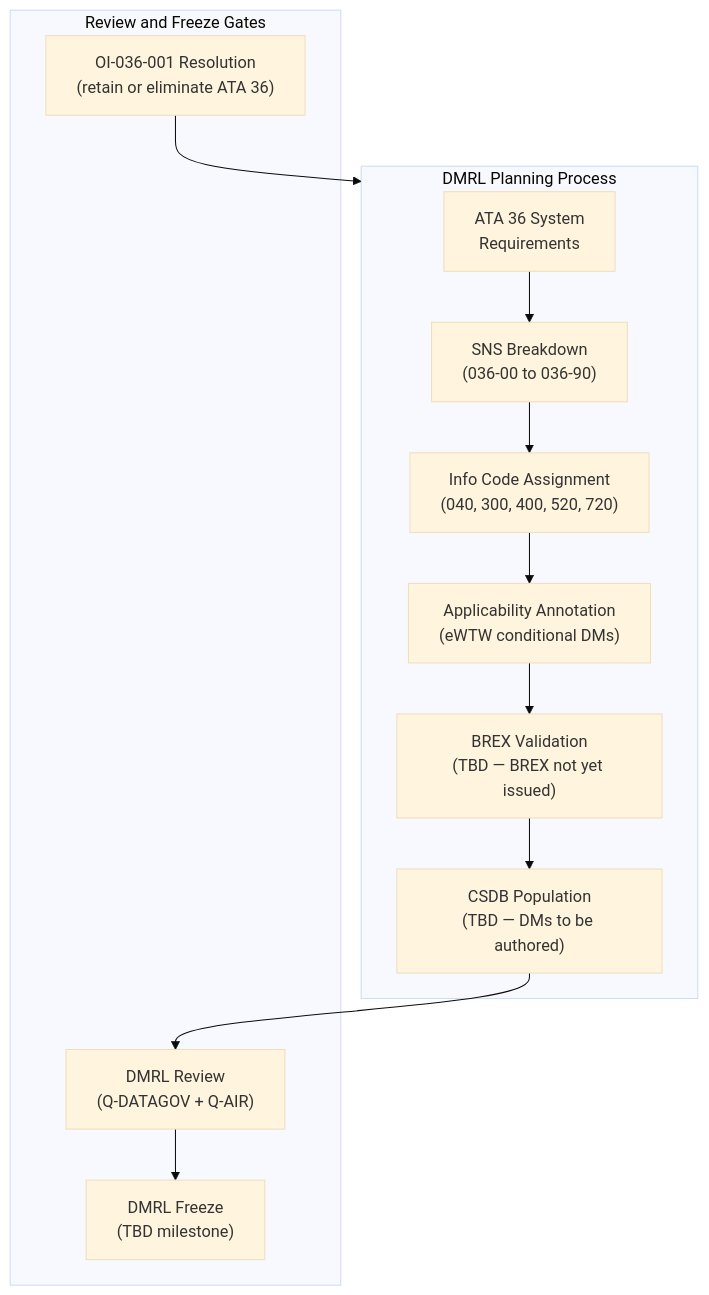
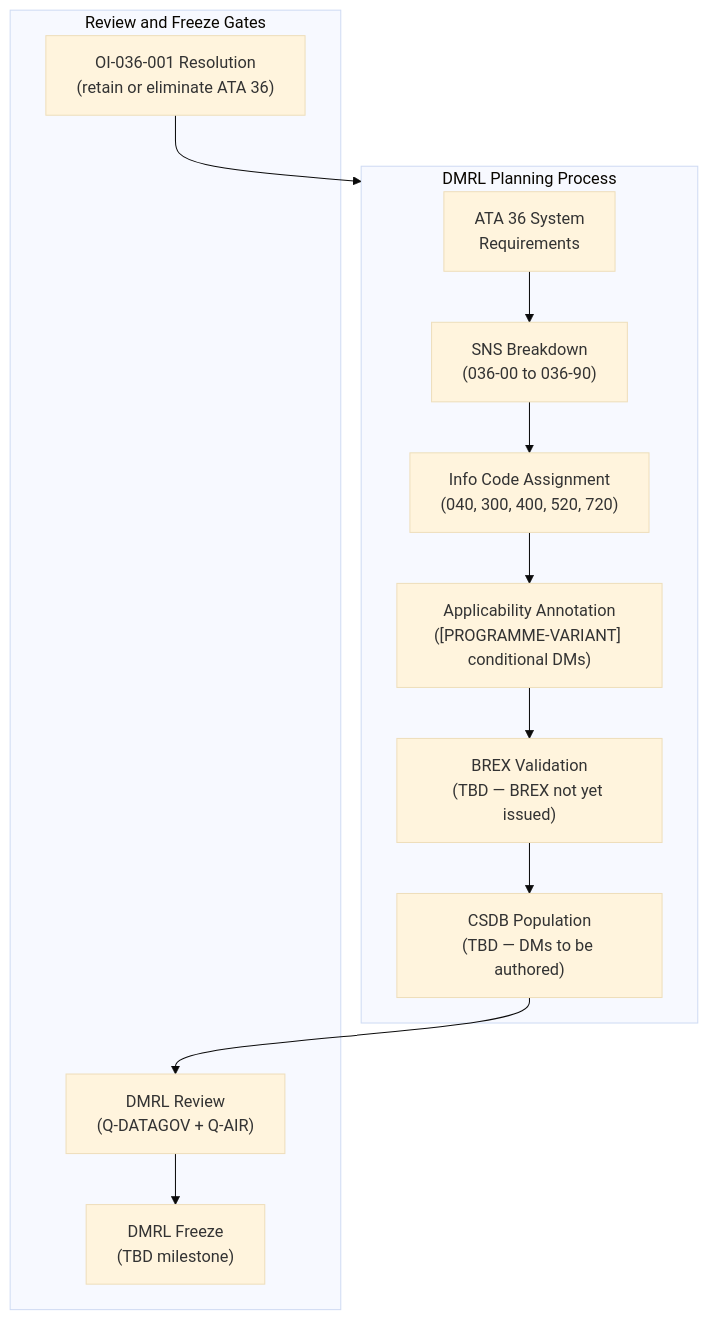
Before and after one commit to AmedeoPelliccia/Qplus-For-All-Queer-People-and-Quantum: the second of 3 diagrams in Q+ATLANTIDE/000-099_ATLAS/030-039_Proteccion-y-Sistemas-Mecanicos/036_Pneumatic/036-090-S1000D-CSDB-Mapping-and-Traceability.md, drawn with Mermaid (base theme). The commit also changed other lines of this file and 676 other files, not shown here.

First line of the commit message:
feat: de-programmatize all ATLAS standard files — remove AMPEL360E/eWTW programme content

````diff
--- a/Q+ATLANTIDE/000-099_ATLAS/030-039_Proteccion-y-Sistemas-Mecanicos/036_Pneumatic/036-090-S1000D-CSDB-Mapping-and-Traceability.md
+++ b/Q+ATLANTIDE/000-099_ATLAS/030-039_Proteccion-y-Sistemas-Mecanicos/036_Pneumatic/036-090-S1000D-CSDB-Mapping-and-Traceability.md
@@ -349,20 +342,20 @@
 ```mermaid
 flowchart TB
     subgraph DMRL_PLANNING["DMRL Planning Process"]
         REQ["ATA 36 System\nRequirements"] --> SNS_ALLOC
         SNS_ALLOC["SNS Breakdown\n(036-00 to 036-90)"] --> DM_TYPE_ASSIGN
         DM_TYPE_ASSIGN["Info Code Assignment\n(040, 300, 400, 520, 720)"] --> APPLICABILITY
-        APPLICABILITY["Applicability Annotation\n(eWTW conditional DMs)"] --> BREX_CHECK
+        APPLICABILITY["Applicability Annotation\n([PROGRAMME-VARIANT] conditional DMs)"] --> BREX_CHECK
         BREX_CHECK["BREX Validation\n(TBD — BREX not yet issued)"] --> CSDB_ENTRY
         CSDB_ENTRY["CSDB Population\n(TBD — DMs to be authored)"]
     end
     subgraph REVIEW["Review and Freeze Gates"]
         DMRL_REVIEW["DMRL Review\n(Q-DATAGOV + Q-AIR)"]
         FREEZE["DMRL Freeze\n(TBD milestone)"]
         OI_RESOLUTION["OI-036-001 Resolution\n(retain or eliminate ATA 36)"]
     end
 
     CSDB_ENTRY --> DMRL_REVIEW
     DMRL_REVIEW --> FREEZE
     OI_RESOLUTION --> DMRL_PLANNING
 ```
````
